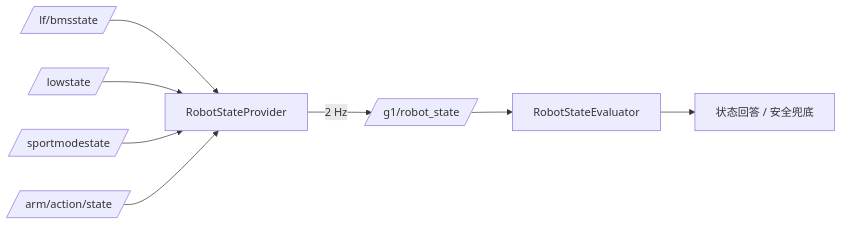
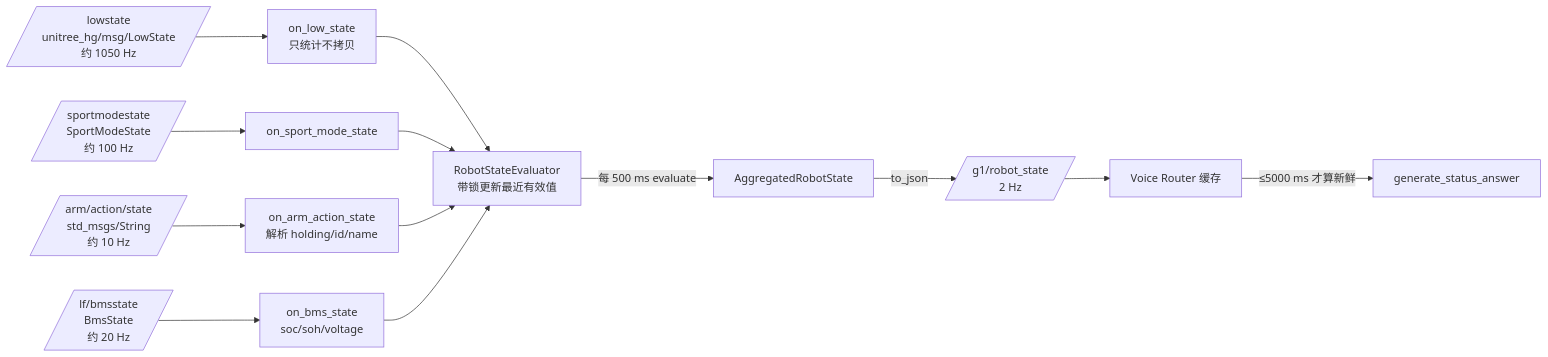
The diagram in releases/G1-EDU-Smart-Reception-V1.0/docs/architecture/robot_state_pipeline.md (CJWDDHCSJ/g1_dev), drawn with Mermaid before and after one commit. The commit also changed other lines of this file and 51 other files, not shown here.

````diff
--- a/releases/G1-EDU-Smart-Reception-V1.0/docs/architecture/robot_state_pipeline.md
+++ b/releases/G1-EDU-Smart-Reception-V1.0/docs/architecture/robot_state_pipeline.md
@@ -5,10 +7,17 @@
 ```mermaid
 flowchart LR
-    B[/lf/bmsstate/] --> P[RobotStateProvider]
-    L[/lowstate/] --> P
-    S[/sportmodestate/] --> P
-    A[/arm/action/state/] --> P
-    P -->|2 Hz| J[/g1/robot_state/]
-    J --> E[RobotStateEvaluator]
-    E --> ANS[状态回答 / 安全兜底]
+    LS[/lowstate<br/>unitree_hg/msg/LowState<br/>约 1050 Hz/] --> CB1[on_low_state<br/>只统计不拷贝]
+    SM[/sportmodestate<br/>SportModeState<br/>约 100 Hz/] --> CB2[on_sport_mode_state]
+    AR[/arm/action/state<br/>std_msgs/String<br/>约 10 Hz/] --> CB3[on_arm_action_state<br/>解析 holding/id/name]
+    BM[/lf/bmsstate<br/>BmsState<br/>约 20 Hz/] --> CB4[on_bms_state<br/>soc/soh/voltage]
+
+    CB1 --> EV[RobotStateEvaluator<br/>带锁更新最近有效值]
+    CB2 --> EV
+    CB3 --> EV
+    CB4 --> EV
+
+    EV -->|每 500 ms evaluate| AGG[AggregatedRobotState]
+    AGG -->|to_json| PUB[/g1/robot_state<br/>2 Hz/]
+    PUB --> RT[Voice Router 缓存]
+    RT -->|≤5000 ms 才算新鲜| ANS[generate_status_answer]
 ```
````
